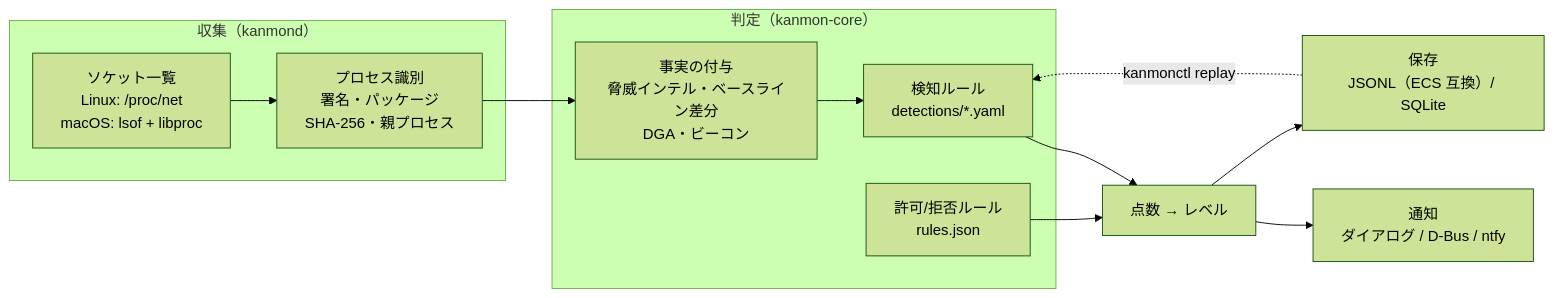
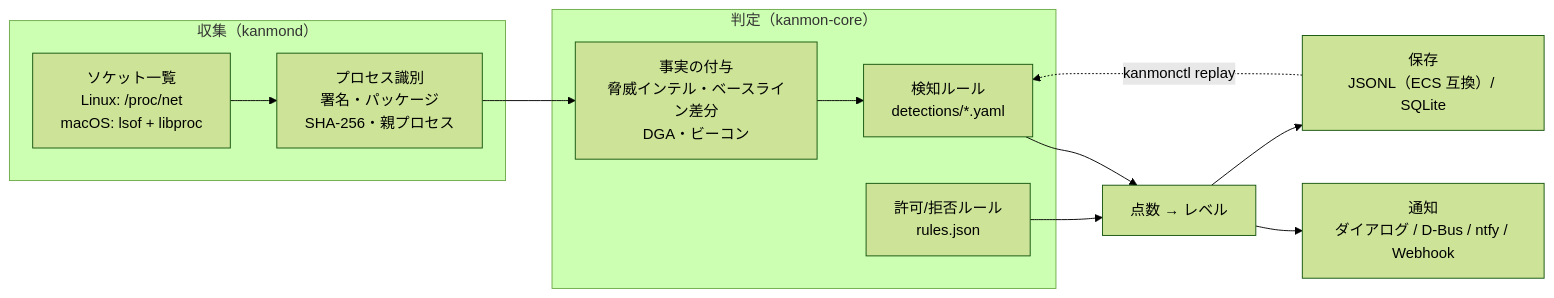
Before and after one commit to zephel01/kanmon: the diagram in README.md, drawn with Mermaid (forest theme). The commit also changed other lines of this file and 7 other files, not shown here.

````diff
--- a/README.md
+++ b/README.md
@@ -77,17 +77,17 @@
 ```mermaid
 flowchart LR
   subgraph collect["収集（kanmond）"]
     S["ソケット一覧<br/>Linux: /proc/net<br/>macOS: lsof + libproc"]
     P["プロセス識別<br/>署名・パッケージ<br/>SHA-256・親プロセス"]
   end
   subgraph judge["判定（kanmon-core）"]
     F["事実の付与<br/>脅威インテル・ベースライン差分<br/>DGA・ビーコン"]
     D["検知ルール<br/>detections/*.yaml"]
     R["許可/拒否ルール<br/>rules.json"]
   end
   S --> P --> F --> D --> O["点数 → レベル"]
   R --> O
-  O --> N["通知<br/>ダイアログ / D-Bus / ntfy"]
+  O --> N["通知<br/>ダイアログ / D-Bus / ntfy / Webhook"]
   O --> L["保存<br/>JSONL（ECS 互換）/ SQLite"]
   L -. "kanmonctl replay" .-> D
 ```
````
